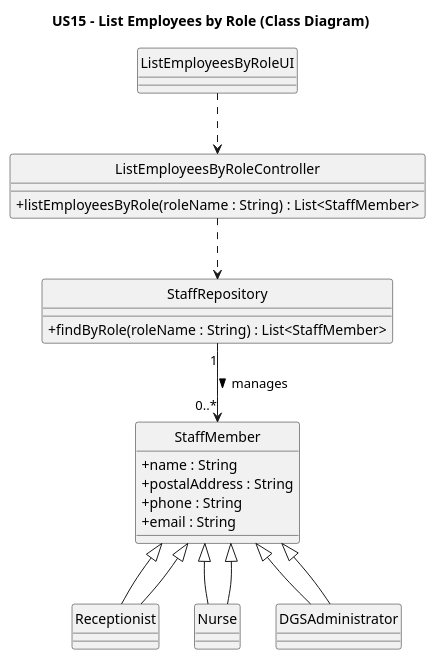
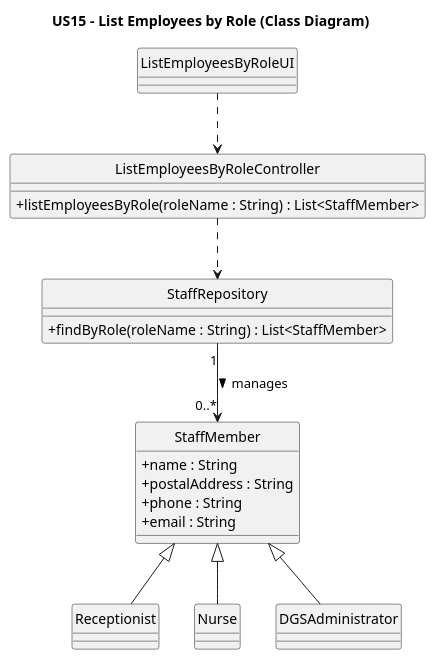
The diagram in docs/system-documentation/US15/puml/US15-CD.puml (luluisfcm/leti-esoft-25-26-B5), drawn with PlantUML before and after one commit. The commit also changed 37 other files, not shown here.

```diff
--- a/docs/system-documentation/US15/puml/US15-CD.puml
+++ b/docs/system-documentation/US15/puml/US15-CD.puml
@@ -1,49 +1,44 @@
 @startuml
 
 'https://plantuml.com/class-diagram
 
 hide circle
 skinparam classAttributeIconSize 0
 
 title US15 - List Employees by Role (Class Diagram)
 
 
 class ListEmployeesByRoleUI {
 
 }
 
 
 class ListEmployeesByRoleController {
 
   +listEmployeesByRole(roleName : String) : List<StaffMember>
 }
 
 
 class StaffMember {
 
   + name : String
   + postalAddress : String
   + phone : String
   + email : String
 }
 
 class Receptionist extends StaffMember
 class Nurse extends StaffMember
 class DGSAdministrator extends StaffMember
 
 class StaffRepository {
 
   +findByRole(roleName : String) : List<StaffMember>
 }
 
 ListEmployeesByRoleUI ..> ListEmployeesByRoleController
 
 ListEmployeesByRoleController ..> StaffRepository
 
 StaffRepository "1" --> "0..*" StaffMember : manages >
-
-Receptionist --|> StaffMember
-Nurse --|> StaffMember
-DGSAdministrator --|> StaffMember
-
 @enduml
```
